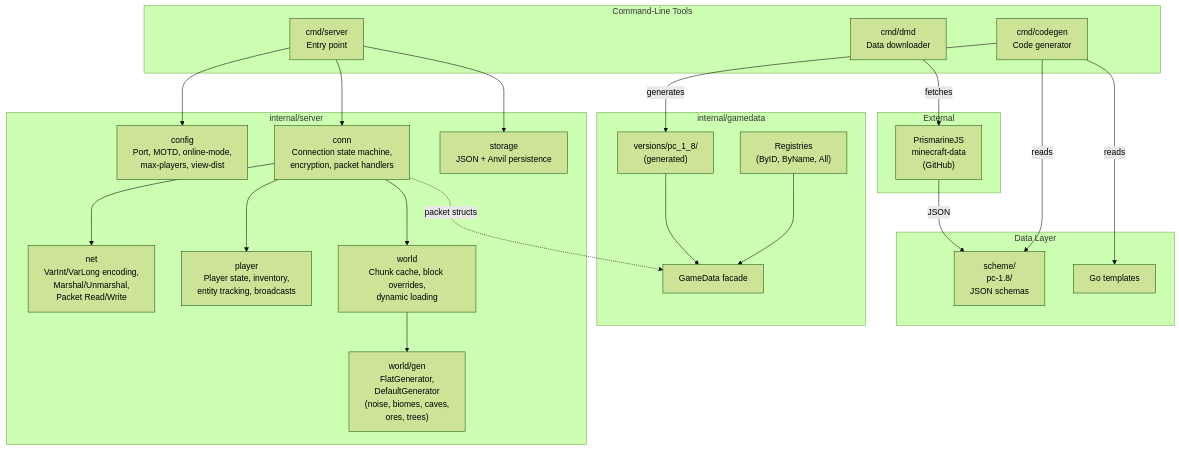
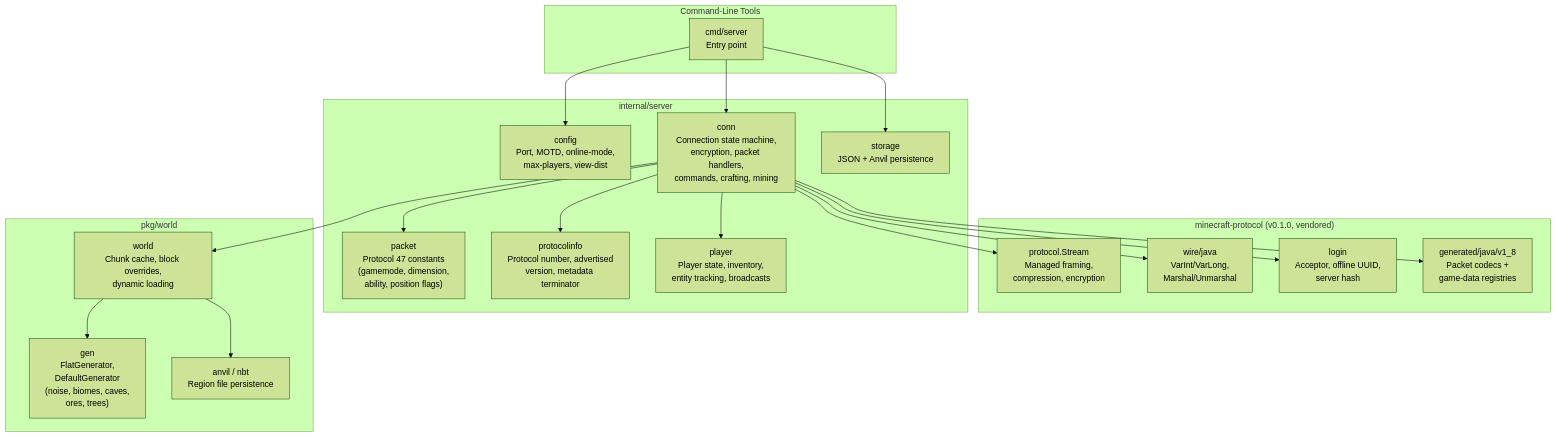
One commit to go-theft-craft/server changed the first of 4 diagrams in README.md. Above: the diagram before and after it, drawn with Mermaid (forest theme). The commit also changed other lines of this file and 2 other files, not shown here.

Commit message:
docs: record the server play-state migration

````diff
--- a/README.md
+++ b/README.md
@@ -101,50 +103,42 @@
 ```mermaid
 graph TB
     subgraph CLI["Command-Line Tools"]
         SERVER["cmd/server<br/>Entry point"]
-        DMD["cmd/dmd<br/>Data downloader"]
-        CODEGEN["cmd/codegen<br/>Code generator"]
     end
 
-    subgraph External["External"]
-        PRISMARINE["PrismarineJS<br/>minecraft-data<br/>(GitHub)"]
-    end
-
-    subgraph Data["Data Layer"]
-        SCHEME["scheme/<br/>pc-1.8/<br/>JSON schemas"]
-        TEMPLATES["Go templates"]
-    end
-
-    subgraph GameData["internal/gamedata"]
-        FACADE["GameData facade"]
-        REGISTRIES["Registries<br/>(ByID, ByName, All)"]
-        VERSIONS["versions/pc_1_8/<br/>(generated)"]
+    subgraph Protocol["minecraft-protocol (v0.1.0, vendored)"]
+        STREAM["protocol.Stream<br/>Managed framing,<br/>compression, encryption"]
+        WIRE["wire/java<br/>VarInt/VarLong,<br/>Marshal/Unmarshal"]
+        LOGIN["login<br/>Acceptor, offline UUID,<br/>server hash"]
+        GENV18["generated/java/v1_8<br/>Packet codecs +<br/>game-data registries"]
     end
 
     subgraph Server["internal/server"]
         CONFIG["config<br/>Port, MOTD, online-mode,<br/>max-players, view-dist"]
-        CONN["conn<br/>Connection state machine,<br/>encryption, packet handlers"]
-        NET["net<br/>VarInt/VarLong encoding,<br/>Marshal/Unmarshal,<br/>Packet Read/Write"]
+        CONN["conn<br/>Connection state machine,<br/>encryption, packet handlers,<br/>commands, crafting, mining"]
+        PACKET["packet<br/>Protocol 47 constants<br/>(gamemode, dimension,<br/>ability, position flags)"]
+        PROTOINFO["protocolinfo<br/>Protocol number, advertised<br/>version, metadata terminator"]
         PLAYER["player<br/>Player state, inventory,<br/>entity tracking, broadcasts"]
-        WORLD["world<br/>Chunk cache, block overrides,<br/>dynamic loading"]
-        GEN["world/gen<br/>FlatGenerator,<br/>DefaultGenerator<br/>(noise, biomes, caves,<br/>ores, trees)"]
         STORAGE["storage<br/>JSON + Anvil persistence"]
     end
 
-    DMD -->|fetches| PRISMARINE
-    PRISMARINE -->|JSON| SCHEME
-    CODEGEN -->|reads| SCHEME
-    CODEGEN -->|reads| TEMPLATES
-    CODEGEN -->|generates| VERSIONS
-    VERSIONS --> FACADE
-    REGISTRIES --> FACADE
+    subgraph World["pkg/world"]
+        WORLD["world<br/>Chunk cache, block overrides,<br/>dynamic loading"]
+        GEN["gen<br/>FlatGenerator,<br/>DefaultGenerator<br/>(noise, biomes, caves,<br/>ores, trees)"]
+        ANVIL["anvil / nbt<br/>Region file persistence"]
+    end
 
     SERVER --> CONFIG
     SERVER --> CONN
-    CONN --> NET
+    SERVER --> STORAGE
+    CONN --> STREAM
+    CONN --> WIRE
+    CONN --> LOGIN
+    CONN --> GENV18
+    CONN --> PACKET
+    CONN --> PROTOINFO
     CONN --> PLAYER
     CONN --> WORLD
     WORLD --> GEN
-    SERVER --> STORAGE
-    CONN -.->|packet structs| FACADE
+    WORLD --> ANVIL
 ```
````
